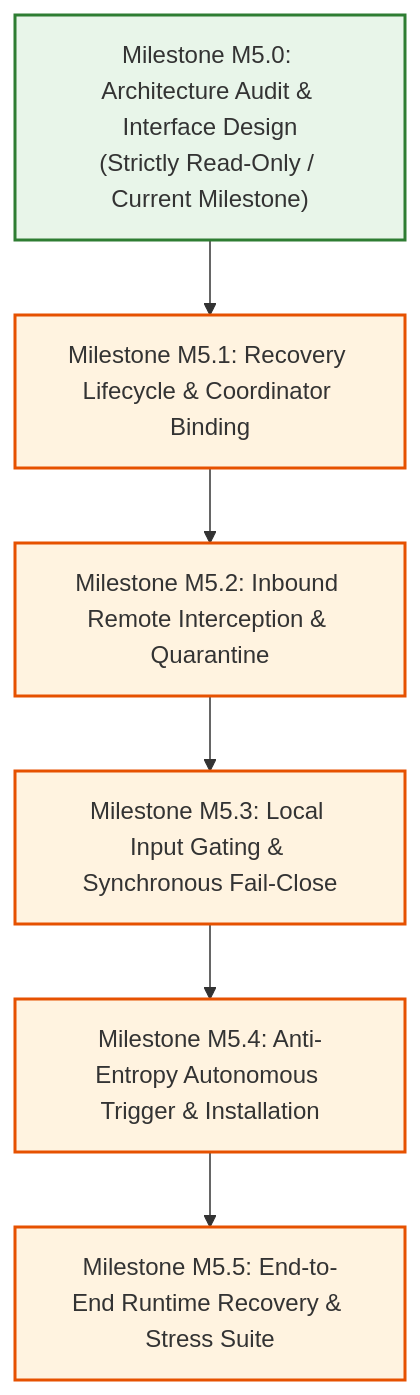
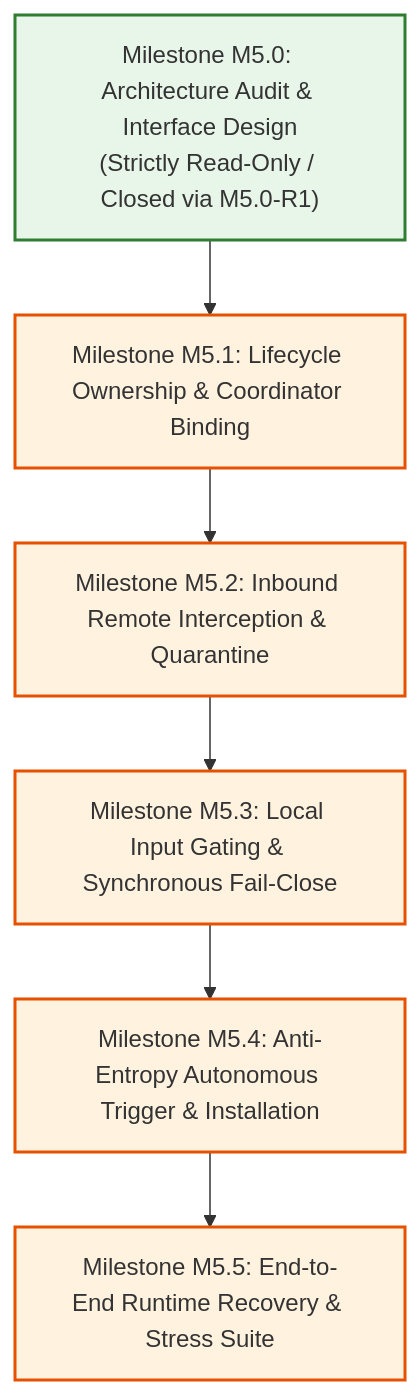
The diagram in docs/PHASE7_5_M5_IMPLEMENTATION_ROADMAP.md (Tejdeepakchandra/SyncPlay_Protocol), drawn with Mermaid before and after one commit. The commit also changed other lines of this file and 4 other files, not shown here.

Commit message:
docs(phase-7.5-m5): amend m5.0 architecture and interface specifications (m5.0-r1)

````diff
--- a/docs/PHASE7_5_M5_IMPLEMENTATION_ROADMAP.md
+++ b/docs/PHASE7_5_M5_IMPLEMENTATION_ROADMAP.md
@@ -16,15 +16,15 @@
 ```mermaid
 flowchart TD
-    M5_0["Milestone M5.0: Architecture Audit & Interface Design<br/>(Strictly Read-Only / Current Milestone)"] --> M5_1["Milestone M5.1: Recovery Lifecycle & Coordinator Binding"]
+    M5_0["Milestone M5.0: Architecture Audit & Interface Design<br/>(Strictly Read-Only / Closed via M5.0-R1)"] --> M5_1["Milestone M5.1: Lifecycle Ownership & Coordinator Binding"]
     M5_1 --> M5_2["Milestone M5.2: Inbound Remote Interception & Quarantine"]
     M5_2 --> M5_3["Milestone M5.3: Local Input Gating & Synchronous Fail-Close"]
     M5_3 --> M5_4["Milestone M5.4: Anti-Entropy Autonomous Trigger & Installation"]
     M5_4 --> M5_5["Milestone M5.5: End-to-End Runtime Recovery & Stress Suite"]
 
     style M5_0 fill:#e8f5e9,stroke:#2e7d32,stroke-width:2px
     style M5_1 fill:#fff3e0,stroke:#e65100,stroke-width:2px
     style M5_2 fill:#fff3e0,stroke:#e65100,stroke-width:2px
     style M5_3 fill:#fff3e0,stroke:#e65100,stroke-width:2px
     style M5_4 fill:#fff3e0,stroke:#e65100,stroke-width:2px
     style M5_5 fill:#fff3e0,stroke:#e65100,stroke-width:2px
 ```
````
